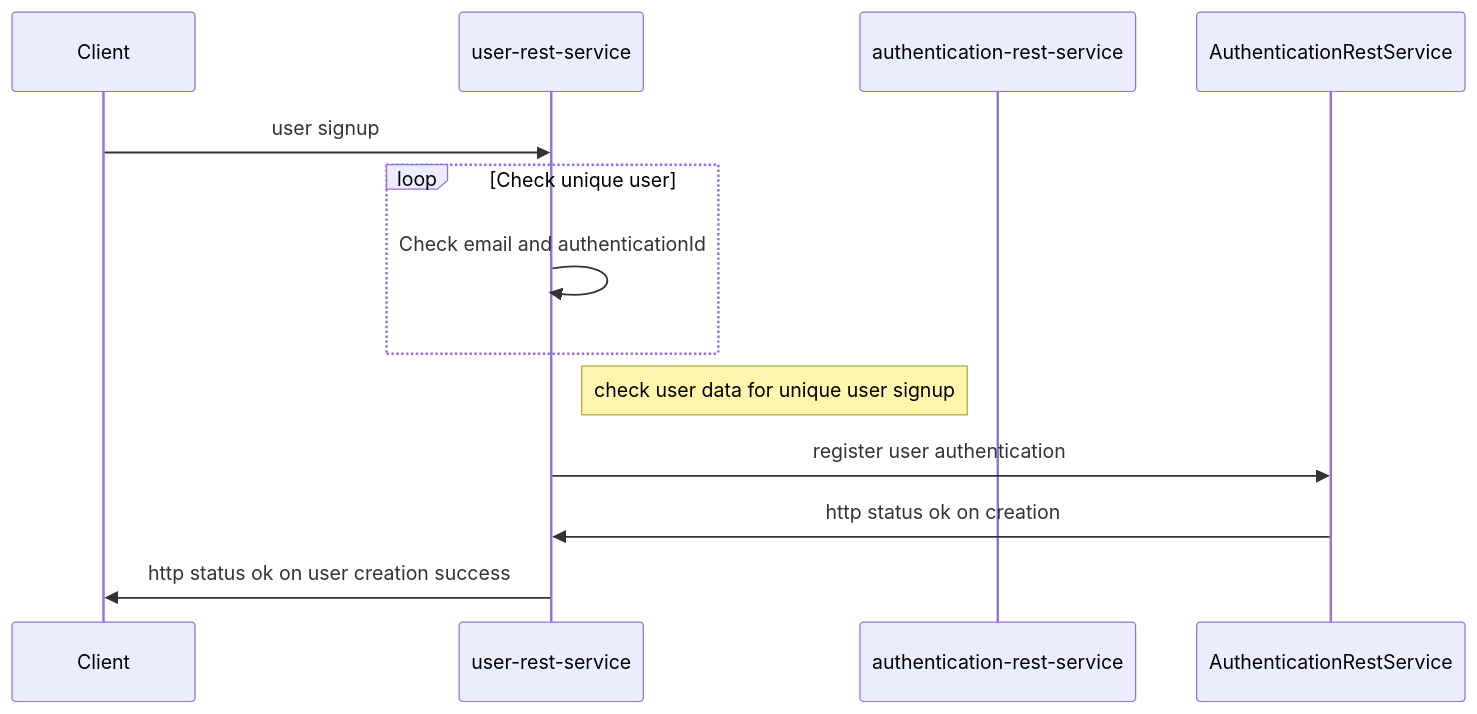
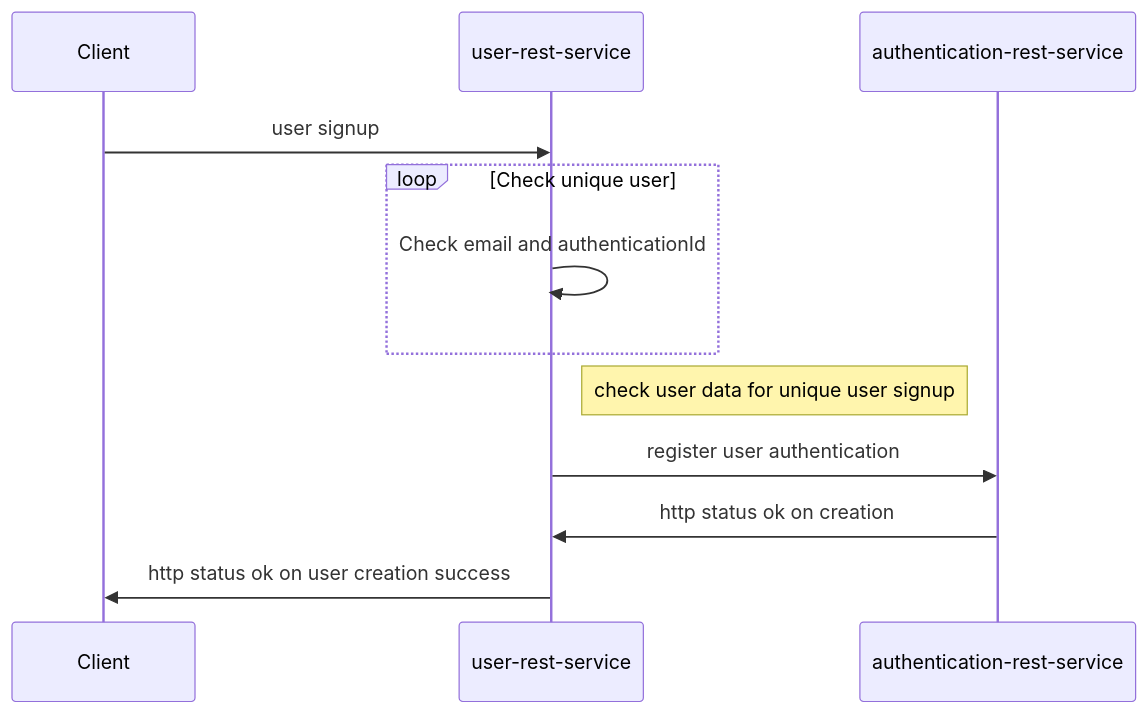
Before and after one commit to sonamsamdupkhangsar/user-rest-service: the third of 4 diagrams in README.md, drawn with Mermaid.

Commit message:
test readme

````diff
--- a/README.md
+++ b/README.md
@@ -94,14 +94,14 @@
 ```mermaid 
 sequenceDiagram
     participant Client
     participant userapi as user-rest-service
     participant authapi as authentication-rest-service
     Client->>userapi: user signup
     loop Check unique user
         userapi->>userapi: Check email and authenticationId 
     end
     Note right of userapi: check user data for unique user signup
-    userapi ->> AuthenticationRestService: register user authentication
-    AuthenticationRestService ->> userapi: http status ok on creation
+    userapi ->> authapi: register user authentication
+    authapi ->> userapi: http status ok on creation
     userapi ->> Client: http status ok on user creation success
 ```
````
